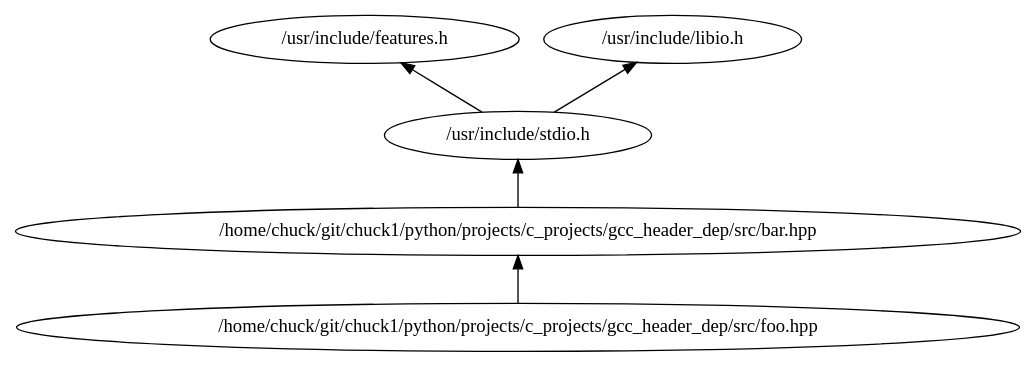
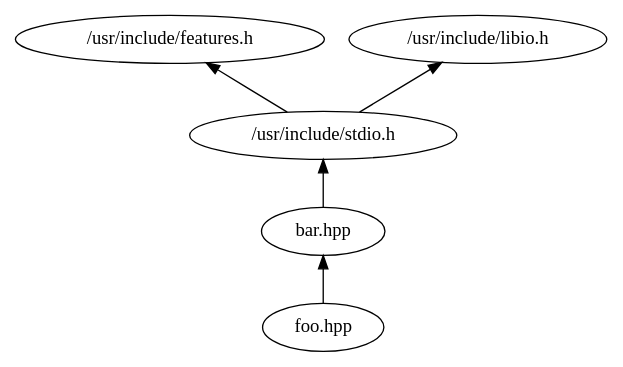
Before and after one commit to chuck1/site_kitchen: the diagram in projects/c_projects/gcc_header_dep/header_dep.dot, drawn with Graphviz. The commit also changed 2 other files, not shown here.

Commit message:
work on graph

```diff
--- a/projects/c_projects/gcc_header_dep/header_dep.dot
+++ b/projects/c_projects/gcc_header_dep/header_dep.dot
@@ -1,12 +1,12 @@
 digraph {
 	rankdir=BT
-	homechuckgitchuck1pythonprojectsc_projectsgcc_header_depsrcfoohpp [label="/home/chuck/git/chuck1/python/projects/c_projects/gcc_header_dep/src/foo.hpp"]
-	homechuckgitchuck1pythonprojectsc_projectsgcc_header_depsrcbarhpp [label="/home/chuck/git/chuck1/python/projects/c_projects/gcc_header_dep/src/bar.hpp"]
+	homechuckgitchuck1pythonprojectsc_projectsgcc_header_depsrcfoohpp [label="foo.hpp"]
+	homechuckgitchuck1pythonprojectsc_projectsgcc_header_depsrcbarhpp [label="bar.hpp"]
 	usrincludestdioh [label="/usr/include/stdio.h"]
 	usrincludefeaturesh [label="/usr/include/features.h"]
 	usrincludelibioh [label="/usr/include/libio.h"]
 	homechuckgitchuck1pythonprojectsc_projectsgcc_header_depsrcfoohpp -> homechuckgitchuck1pythonprojectsc_projectsgcc_header_depsrcbarhpp
 	homechuckgitchuck1pythonprojectsc_projectsgcc_header_depsrcbarhpp -> usrincludestdioh
 	usrincludestdioh -> usrincludefeaturesh
 	usrincludestdioh -> usrincludelibioh
 }
```
